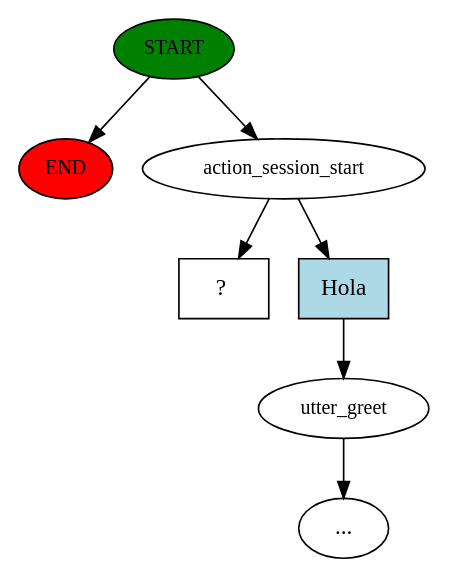
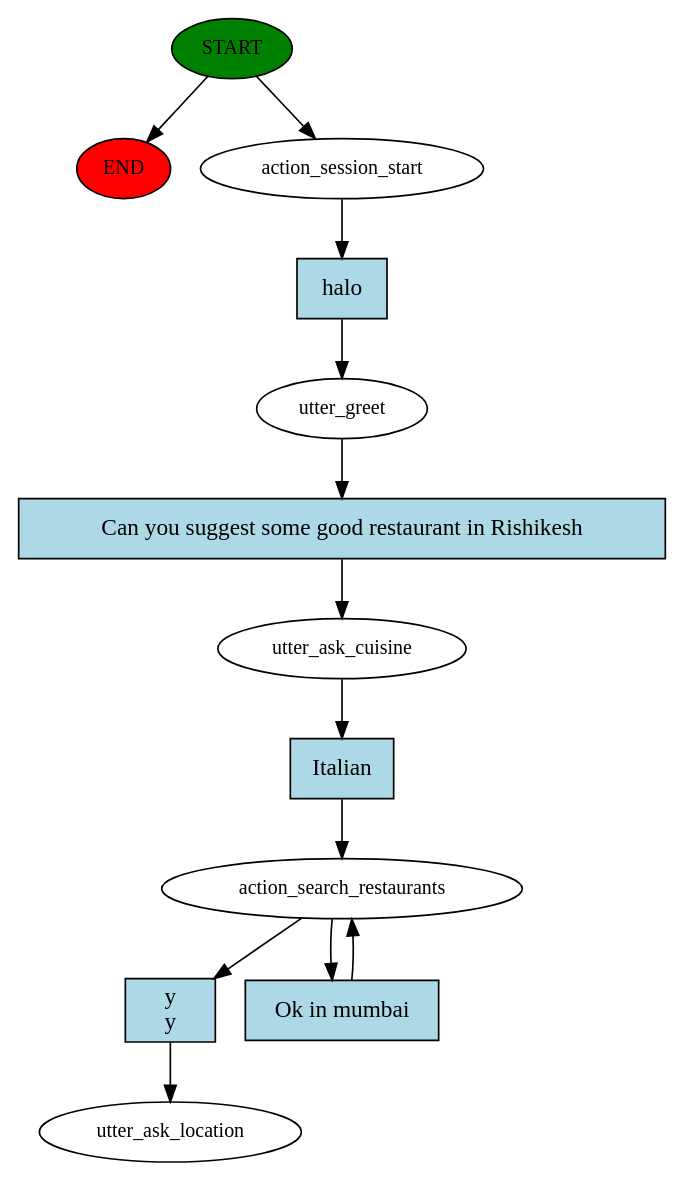
One commit to pandeyvaibhav/RasaFoodieRobi changed the diagram in story_graph.dot. Above: the diagram before and after it, drawn with Graphviz. The commit also changed 13 other files, not shown here.

```diff
--- a/story_graph.dot
+++ b/story_graph.dot
@@ -1,15 +1,26 @@
 digraph  {
 0 [class="start active", fillcolor=green, fontsize=12, label=START, style=filled];
 "-1" [class=end, fillcolor=red, fontsize=12, label=END, style=filled];
 1 [class=active, fontsize=12, label=action_session_start];
-2 [class="", fontsize=12, label=utter_greet];
-"-3" [class=ellipsis, label="..."];
-4 [class="intent dashed active", label="  ?  ", shape=rect];
-5 [class=intent, fillcolor=lightblue, label=Hola, shape=rect, style=filled];
+2 [class=active, fontsize=12, label=utter_greet];
+3 [class=active, fontsize=12, label=utter_ask_cuisine];
+4 [class=active, fontsize=12, label=action_search_restaurants];
+6 [class="dashed active", fontsize=12, label=utter_ask_location];
+7 [class="intent active", fillcolor=lightblue, label=halo, shape=rect, style=filled];
+8 [class="intent active", fillcolor=lightblue, label="Can you suggest some good restaurant in Rishikesh", shape=rect, style=filled];
+9 [class="intent active", fillcolor=lightblue, label=Italian, shape=rect, style=filled];
+10 [class="intent active", fillcolor=lightblue, label="y\ny", shape=rect, style=filled];
+11 [class="intent active", fillcolor=lightblue, label="Ok in mumbai", shape=rect, style=filled];
 0 -> "-1"  [class="", key=NONE, label=""];
 0 -> 1  [class=active, key=NONE, label=""];
-1 -> 4  [class=active, key=NONE, label=""];
-1 -> 5  [class="", key=0];
-2 -> "-3"  [class="", key=NONE, label=""];
-5 -> 2  [class="", key=0];
+1 -> 7  [class=active, key=0];
+2 -> 8  [class=active, key=0];
+3 -> 9  [class=active, key=0];
+4 -> 10  [class=active, key=0];
+4 -> 11  [class=active, key=0];
+7 -> 2  [class=active, key=0];
+8 -> 3  [class=active, key=0];
+9 -> 4  [class=active, key=0];
+10 -> 6  [class=active, key=0];
+11 -> 4  [class=active, key=0];
 }
```
